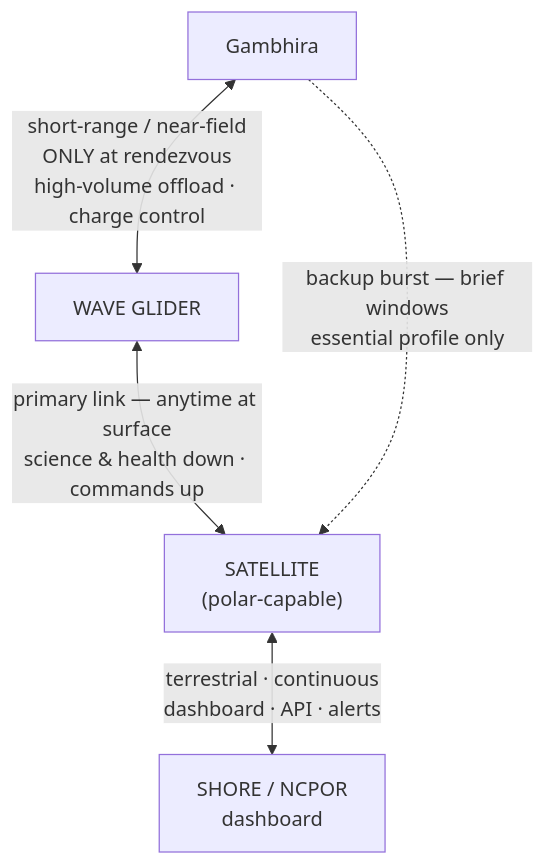
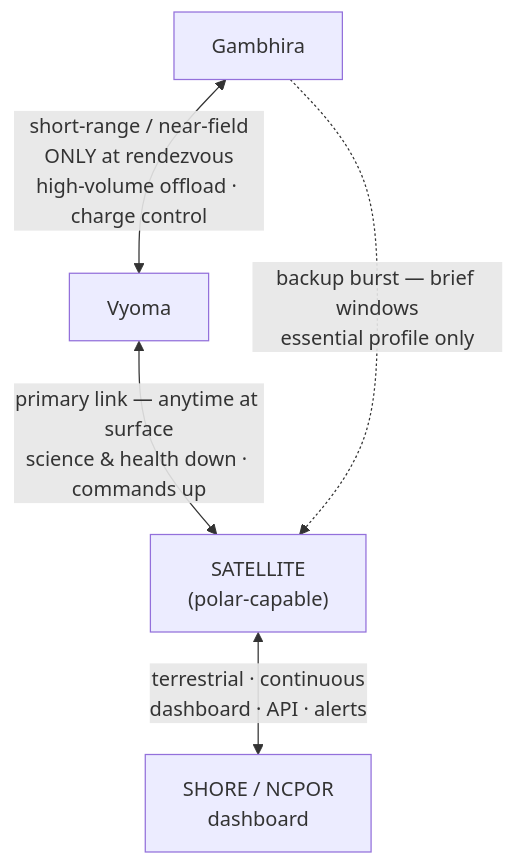
Before and after one commit to DAnuraag/Dhakshin: the fifth of 34 diagrams in README.md, drawn with Mermaid. The commit also changed other lines of this file, not shown here.

````diff
--- a/README.md
+++ b/README.md
@@ -1051,12 +1051,12 @@
 ```mermaid
 flowchart TB
-    WG["WAVE GLIDER"]
+    WG["Vyoma"]
     AF["Gambhira"]
     SAT["SATELLITE<br/>(polar-capable)"]
     SH["SHORE / NCPOR<br/>dashboard"]
 
     AF <-->|"short-range / near-field<br/>ONLY at rendezvous<br/>high-volume offload · charge control"| WG
     WG <-->|"primary link — anytime at surface<br/>science & health down · commands up"| SAT
     AF -.->|"backup burst — brief windows<br/>essential profile only"| SAT
     SAT <-->|"terrestrial · continuous<br/>dashboard · API · alerts"| SH
 ```
````
